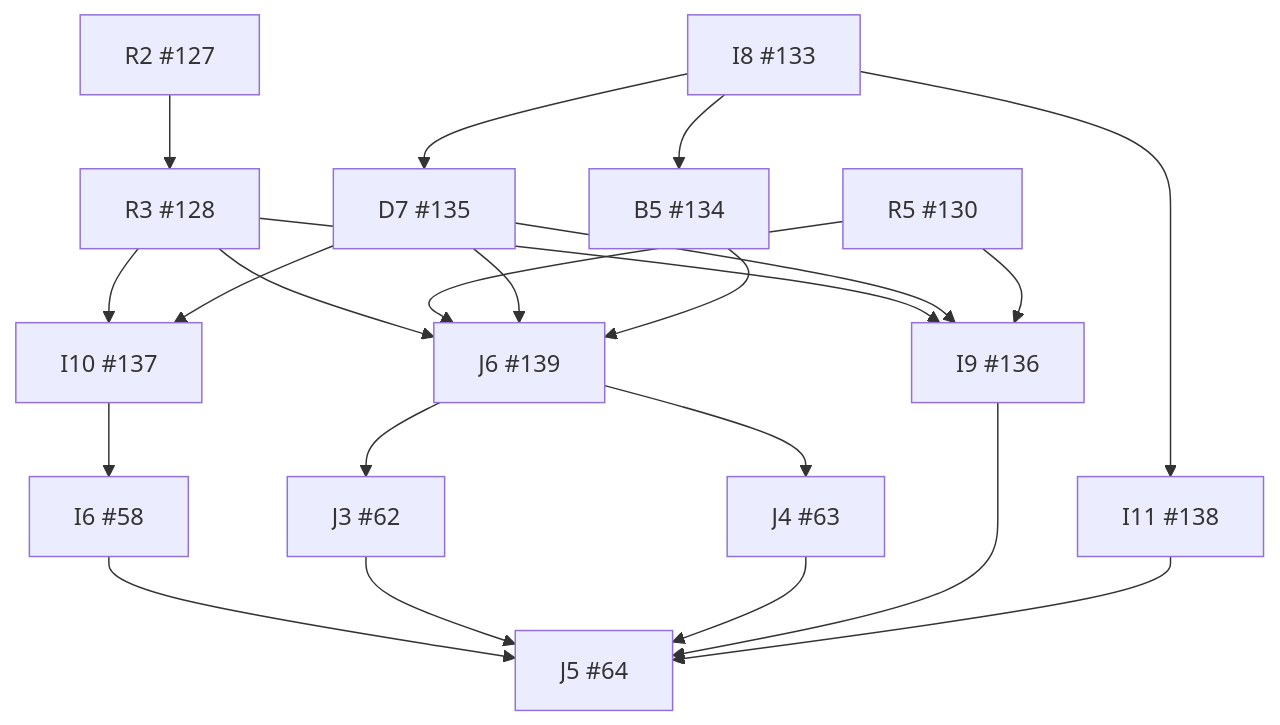
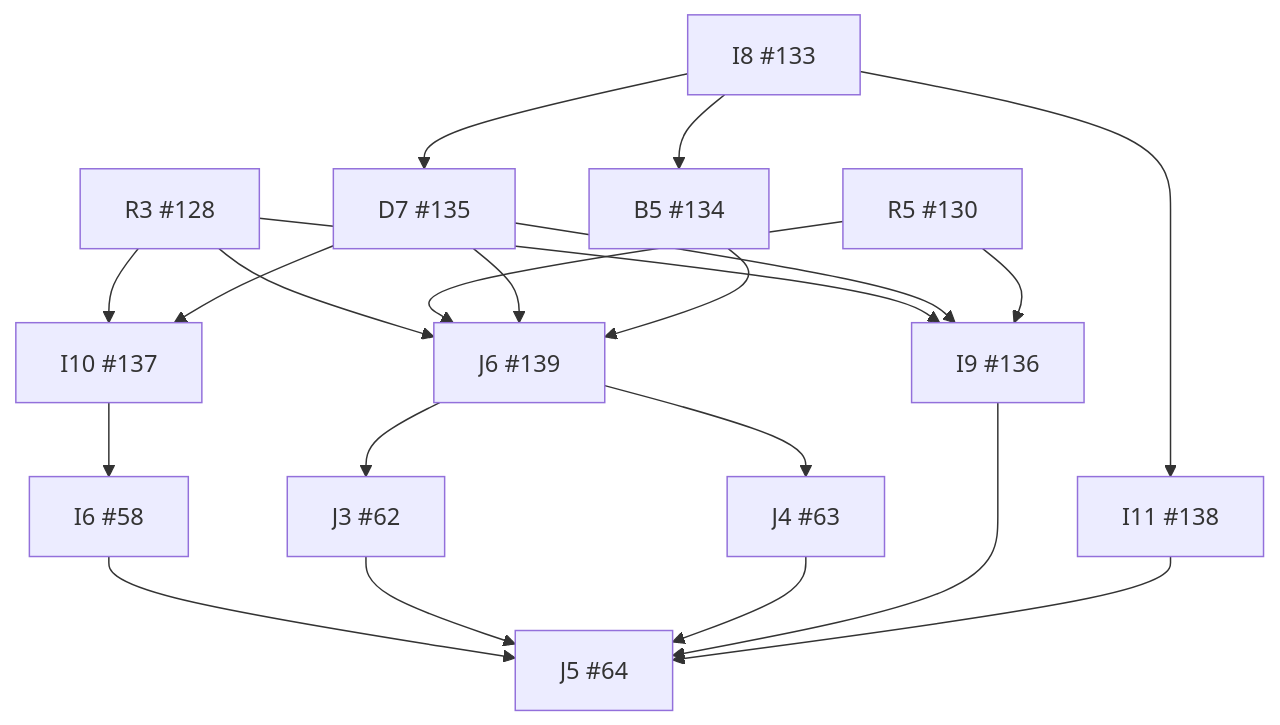
The diagram in docs/implementation/dependency-graph.md (wojtekpiskorz/kiero), drawn with Mermaid before and after one commit. The commit also changed other lines of this file and 6 other files, not shown here.

````diff
--- a/docs/implementation/dependency-graph.md
+++ b/docs/implementation/dependency-graph.md
@@ -9,38 +9,36 @@
 ```mermaid
 flowchart TD
   I6["I6 #58"]
   J3["J3 #62"]
   J4["J4 #63"]
   J5["J5 #64"]
-  R2["R2 #127"]
   R3["R3 #128"]
   R5["R5 #130"]
   I8["I8 #133"]
   B5["B5 #134"]
   D7["D7 #135"]
   I9["I9 #136"]
   I10["I10 #137"]
   I11["I11 #138"]
   J6["J6 #139"]
   I10 --> I6
   J6 --> J3
   J6 --> J4
   I6 --> J5
   J3 --> J5
   J4 --> J5
   I9 --> J5
   I11 --> J5
-  R2 --> R3
   I8 --> B5
   I8 --> D7
   R3 --> I9
   D7 --> I9
   R5 --> I9
   R3 --> I10
   D7 --> I10
   I8 --> I11
   R3 --> J6
   R5 --> J6
   D7 --> J6
   B5 --> J6
 ```
````
